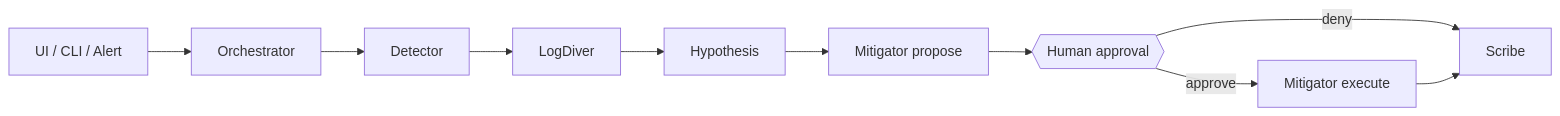
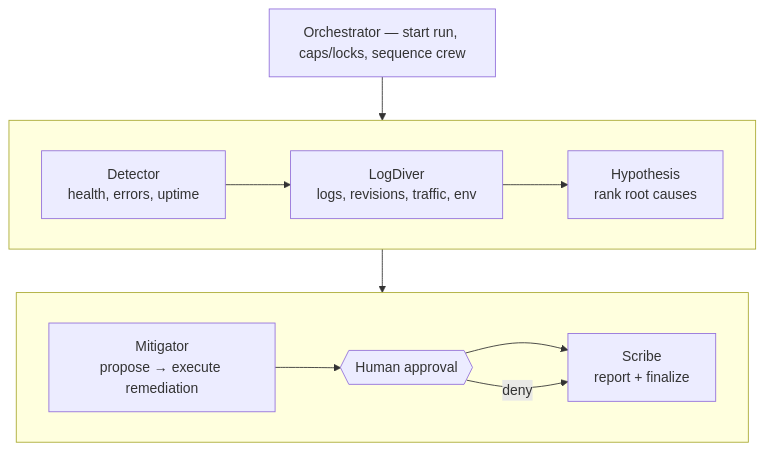
The first of 2 diagrams in README.md (HOSH19/gcp_sre_multiagent), drawn with Mermaid before and after one commit. The commit also changed other lines of this file, not shown here.

Commit message:
Document local web UI access and tighten README diagrams.

````diff
--- a/README.md
+++ b/README.md
@@ -9,12 +7,18 @@
 ```mermaid
-flowchart LR
-  trig[UI / CLI / Alert] --> orch[Orchestrator]
-  orch --> D[Detector]
-  D --> L[LogDiver]
-  L --> H[Hypothesis]
-  H --> M[Mitigator propose]
-  M --> gate{{Human approval}}
-  gate -->|approve| exec[Mitigator execute]
-  gate -->|deny| S[Scribe]
-  exec --> S
+flowchart TB
+  orch["Orchestrator — start run, caps/locks, sequence crew"]
+
+  subgraph row1[" "]
+    direction LR
+    D["Detector<br/>health, errors, uptime"] --> L["LogDiver<br/>logs, revisions, traffic, env"] --> H["Hypothesis<br/>rank root causes"]
+  end
+
+  subgraph row2[" "]
+    direction LR
+    M["Mitigator<br/>propose → execute remediation"] --> gate{{Human approval}} --> S["Scribe<br/>report + finalize"]
+  end
+
+  orch --> D
+  H --> M
+  gate -->|deny| S
 ```
````
